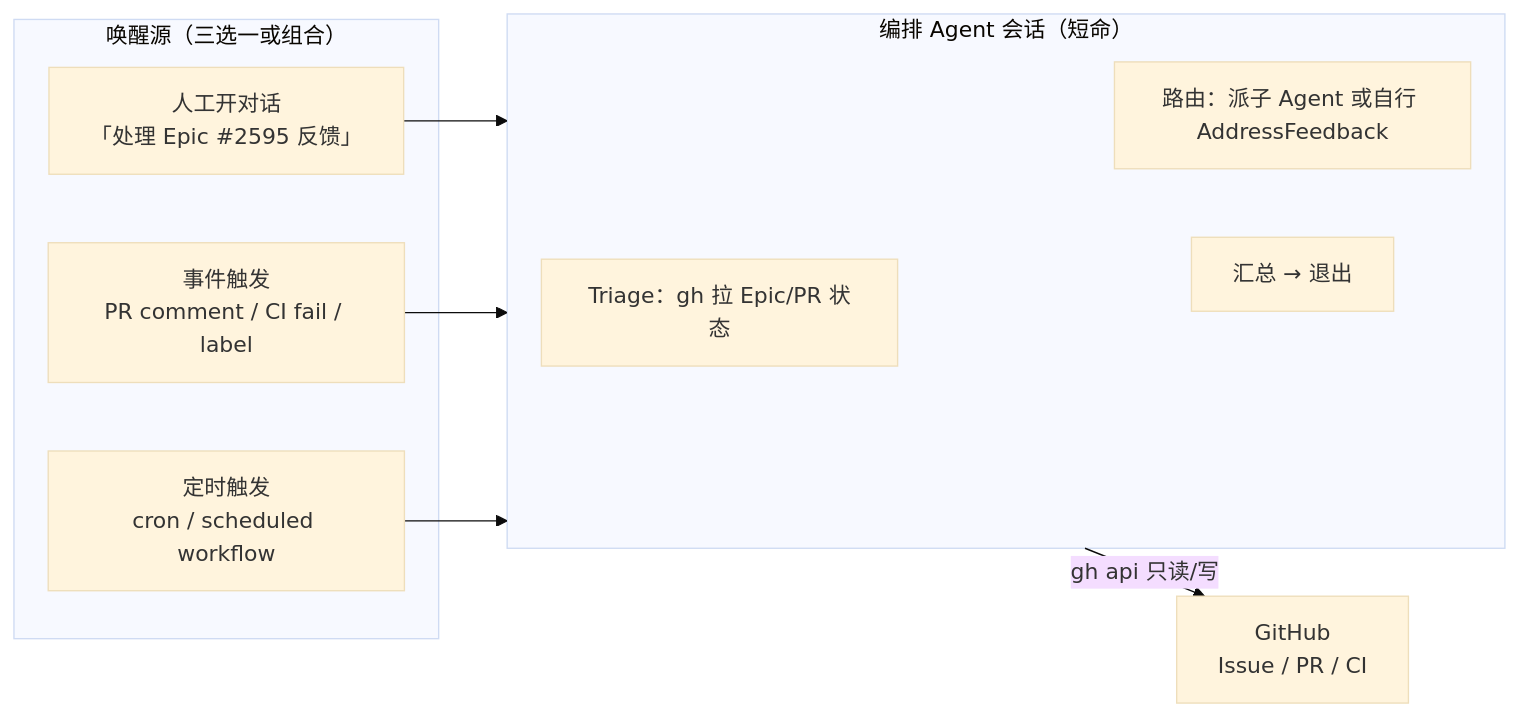
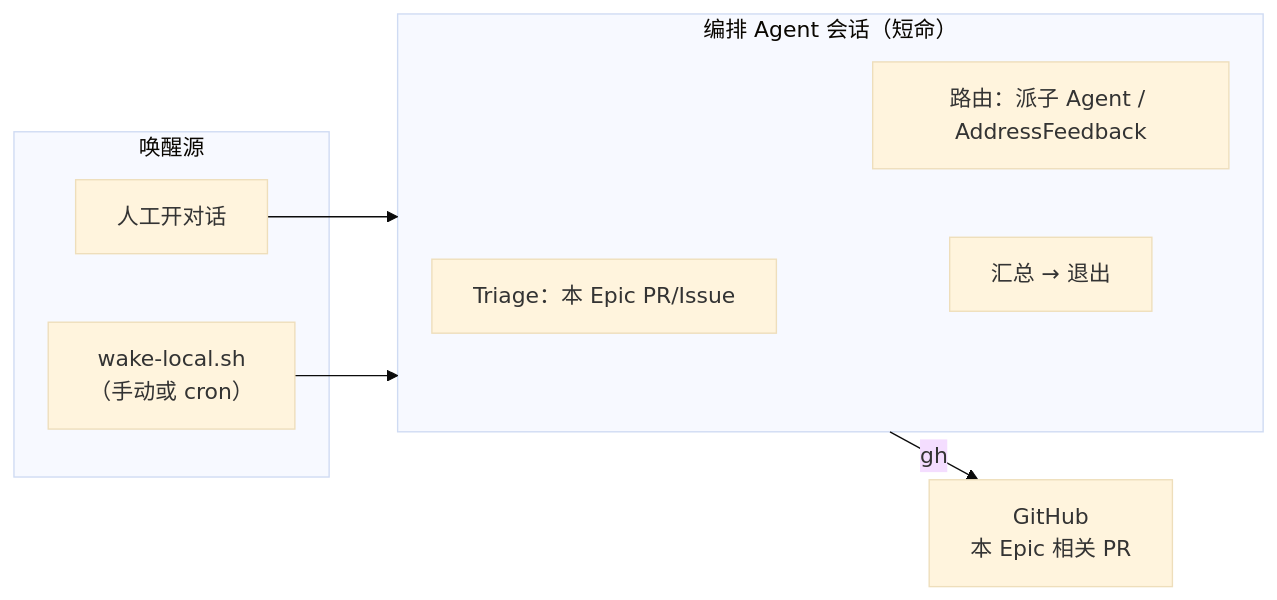
One commit to alibaba/loongcollector changed the first of 2 diagrams in .skill/skills/epic-delivery/references/orchestration-model.md. Above: the diagram before and after it, drawn with Mermaid (base theme). The commit also changed other lines of this file and 5 other files, not shown here.

First line of the commit message:
docs(epic): local wake only, dependency gate, scoped triage

````diff
--- a/.skill/skills/epic-delivery/references/orchestration-model.md
+++ b/.skill/skills/epic-delivery/references/orchestration-model.md
@@ -19,22 +19,20 @@
 ```mermaid
 flowchart LR
-  subgraph Triggers["唤醒源（三选一或组合）"]
-    H["人工开对话\n「处理 Epic #2595 反馈」"]
-    E["事件触发\nPR comment / CI fail / label"]
-    C["定时触发\ncron / scheduled workflow"]
+  subgraph Triggers["唤醒源"]
+    H["人工开对话"]
+    L["wake-local.sh\n（手动或 cron）"]
   end
 
   subgraph Orchestrator["编排 Agent 会话（短命）"]
-    T["Triage：gh 拉 Epic/PR 状态"]
-    R["路由：派子 Agent 或自行 AddressFeedback"]
+    T["Triage：本 Epic PR/Issue"]
+    R["路由：派子 Agent / AddressFeedback"]
     S["汇总 → 退出"]
   end
 
-  GH["GitHub\nIssue / PR / CI"]
+  GH["GitHub\n本 Epic 相关 PR"]
 
   H --> Orchestrator
-  E --> Orchestrator
-  C --> Orchestrator
-  Orchestrator -->|gh api 只读/写| GH
+  L --> Orchestrator
+  Orchestrator -->|gh| GH
   Orchestrator --> S
 ```
````
